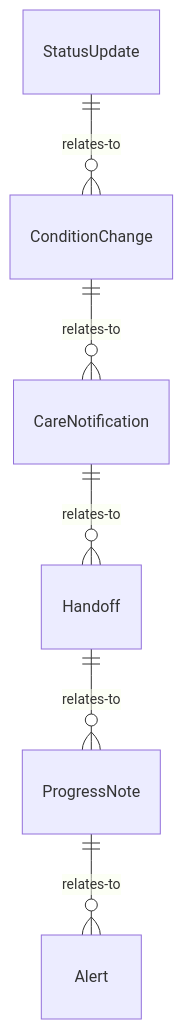
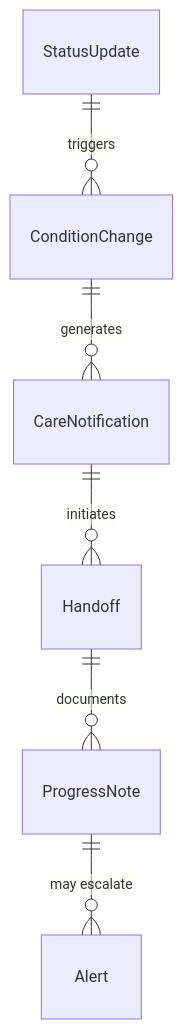
The first of 4 diagrams in CommunicatingWithSupervisorsPeersOrSubordinates/ConferWithHealthcareOrOtherProfessionalsAboutPatientCare/InformMedicalProfessionalsRegardingPatient.mdx (dot-org-ai/tasks.org.ai), drawn with Mermaid before and after one commit. The commit also changed other lines of this file and 515 other files, not shown here.

````diff
--- a/CommunicatingWithSupervisorsPeersOrSubordinates/ConferWithHealthcareOrOtherProfessionalsAboutPatientCare/InformMedicalProfessionalsRegardingPatient.mdx
+++ b/CommunicatingWithSupervisorsPeersOrSubordinates/ConferWithHealthcareOrOtherProfessionalsAboutPatientCare/InformMedicalProfessionalsRegardingPatient.mdx
@@ -88,8 +88,8 @@
 ```mermaid
 erDiagram
-    StatusUpdate ||--o{ ConditionChange : relates-to
-    ConditionChange ||--o{ CareNotification : relates-to
-    CareNotification ||--o{ Handoff : relates-to
-    Handoff ||--o{ ProgressNote : relates-to
-    ProgressNote ||--o{ Alert : relates-to
+    StatusUpdate ||--o{ ConditionChange : triggers
+    ConditionChange ||--o{ CareNotification : generates
+    CareNotification ||--o{ Handoff : initiates
+    Handoff ||--o{ ProgressNote : documents
+    ProgressNote ||--o{ Alert : "may escalate"
 ```
````
